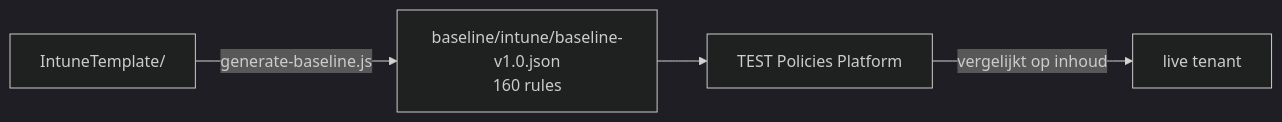
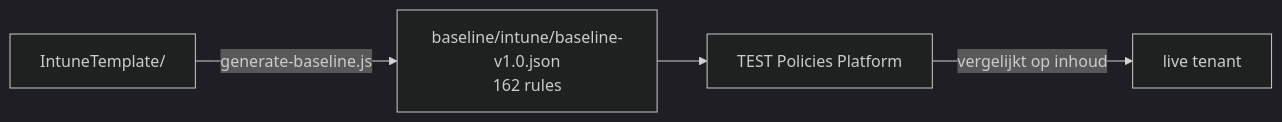
One commit to sjkanon/IntuneBackup changed the diagram in baseline/README.md. Above: the diagram before and after it, drawn with Mermaid (dark theme). The commit also changed other lines of this file and 14 other files, not shown here.

````diff
--- a/baseline/README.md
+++ b/baseline/README.md
@@ -10,6 +10,6 @@
 ```mermaid
 flowchart LR
-  T["IntuneTemplate/"] -->|generate-baseline.js| B["baseline/intune/baseline-v1.0.json<br/>160 rules"]
+  T["IntuneTemplate/"] -->|generate-baseline.js| B["baseline/intune/baseline-v1.0.json<br/>162 rules"]
   B --> P["TEST Policies Platform"]
   P -->|vergelijkt op inhoud| TEN["live tenant"]
 ```
````
